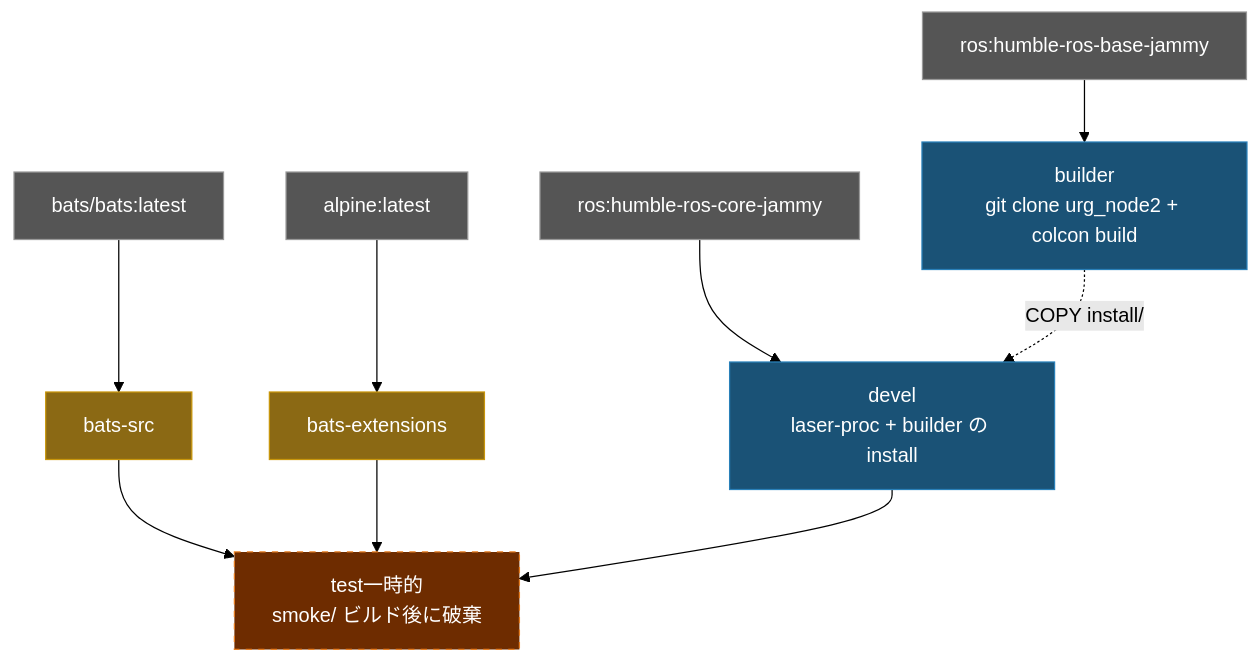
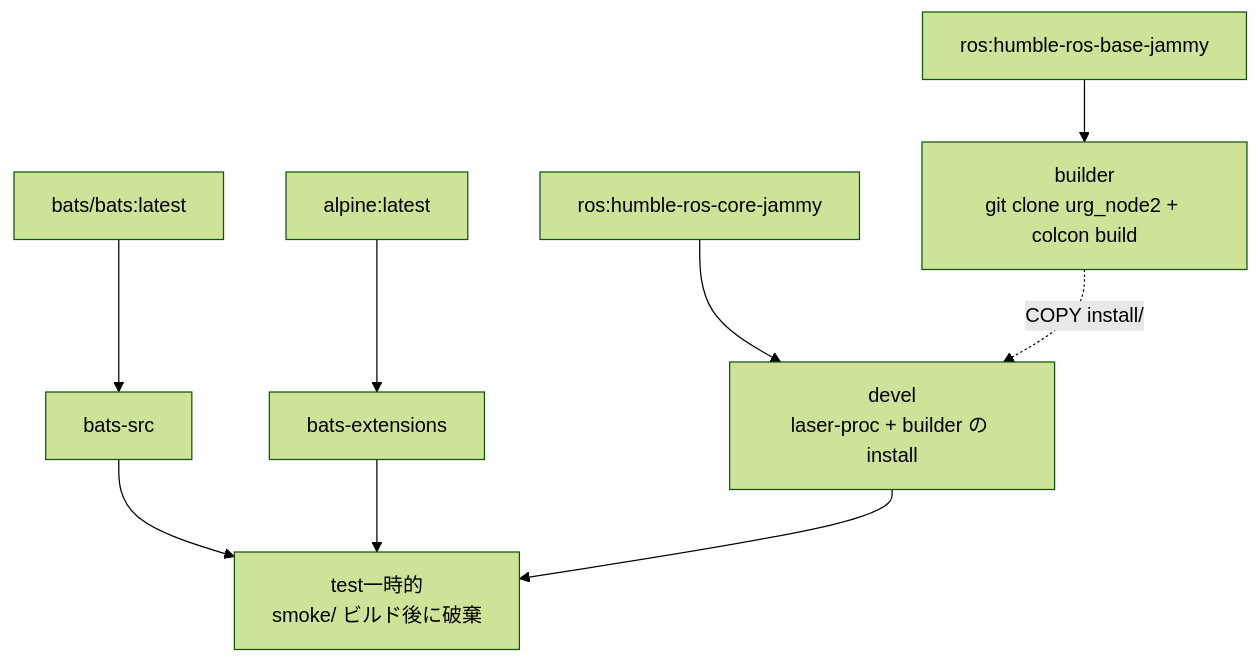
The diagram in doc/README.ja.md (ycpss91255-docker/urg_node_humble), drawn with Mermaid (forest theme) before and after one commit. The commit also changed 3 other files, not shown here.

Commit message:
docs: remove mermaid background colors from architecture diagrams

````diff
--- a/doc/README.ja.md
+++ b/doc/README.ja.md
@@ -96,24 +96,20 @@
 ```mermaid
 graph TD
-    EXT1["bats/bats:latest"]:::external
-    EXT2["alpine:latest"]:::external
-    EXT3["ros:humble-ros-base-jammy"]:::external
-    EXT4["ros:humble-ros-core-jammy"]:::external
+    EXT1["bats/bats:latest"]
+    EXT2["alpine:latest"]
+    EXT3["ros:humble-ros-base-jammy"]
+    EXT4["ros:humble-ros-core-jammy"]
 
-    EXT1 --> bats-src["bats-src"]:::tool
-    EXT2 --> bats-ext["bats-extensions"]:::tool
+    EXT1 --> bats-src["bats-src"]
+    EXT2 --> bats-ext["bats-extensions"]
 
-    EXT3 --> builder["builder\ngit clone urg_node2 + colcon build"]:::stage
+    EXT3 --> builder["builder\ngit clone urg_node2 + colcon build"]
 
-    EXT4 --> devel["devel\nlaser-proc + builder の install"]:::stage
+    EXT4 --> devel["devel\nlaser-proc + builder の install"]
     builder -.->|COPY install/| devel
 
-    bats-src --> test["test一時的\nsmoke/ ビルド後に破棄"]:::ephemeral
+    bats-src --> test["test一時的\nsmoke/ ビルド後に破棄"]
     bats-ext --> test
     devel --> test
 
-    classDef external fill:#555,color:#fff,stroke:#999
-    classDef tool fill:#8B6914,color:#fff,stroke:#c8960c
-    classDef stage fill:#1a5276,color:#fff,stroke:#2980b9
-    classDef ephemeral fill:#6e2c00,color:#fff,stroke:#e67e22,stroke-dasharray:5 5
 ```
````
